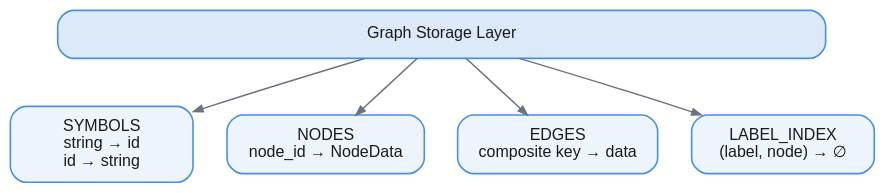
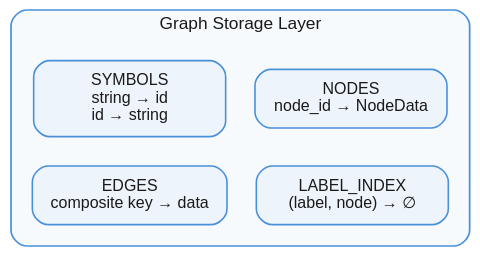
Before and after one commit to RANDOMFNP/latticedb: the diagram in book/diagrams/graph-storage-btrees.dot, drawn with Graphviz. The commit also changed 55 other files, not shown here.

```diff
--- a/book/diagrams/graph-storage-btrees.dot
+++ b/book/diagrams/graph-storage-btrees.dot
@@ -1,26 +1,31 @@
 // The graph is decomposed into four B+Trees, each tuned to one access pattern.
+// They are components of the storage layer, not stages in a flow, so they are
+// drawn as a container rather than a tree of edges.
 digraph graph_storage_btrees {
   bgcolor="transparent"
   rankdir=TB
-  nodesep=0.35
-  ranksep=0.5
+  nodesep=0.3
+  ranksep=0.3
   fontname="Helvetica,Arial,sans-serif"
   node [shape=box style="filled,rounded" fillcolor="#eef4fb" color="#4a90d9"
         penwidth=1.2 fontname="Helvetica,Arial,sans-serif" fontsize=12
-        fontcolor="#1a1a1a" margin="0.22,0.13" width=1.9]
-  edge [color="#6b7280" penwidth=1.1 arrowsize=0.7]
+        fontcolor="#1a1a1a" margin="0.20,0.12" width=2.0]
+  edge [style=invis]
 
-  layer [label="Graph Storage Layer" fillcolor="#dbe9f8" width=8.0]
+  subgraph cluster_layer {
+    label="Graph Storage Layer"
+    labelloc=t
+    fontname="Helvetica,Arial,sans-serif" fontsize=13 fontcolor="#1a1a1a"
+    color="#4a90d9" penwidth=1.3 style=rounded bgcolor="#f7fafd" margin=16
 
-  symbols [label="SYMBOLS\nstring → id\nid → string"]
-  nodes   [label="NODES\nnode_id → NodeData"]
-  edges   [label="EDGES\ncomposite key → data"]
-  labels  [label="LABEL_INDEX\n(label, node) → ∅"]
+    symbols [label="SYMBOLS\nstring → id\nid → string"]
+    nodes   [label="NODES\nnode_id → NodeData"]
+    edges_t [label="EDGES\ncomposite key → data"]
+    labels  [label="LABEL_INDEX\n(label, node) → ∅"]
 
-  layer -> symbols
-  layer -> nodes
-  layer -> edges
-  layer -> labels
-
-  { rank=same; symbols; nodes; edges; labels }
+    { rank=same; symbols -> nodes }
+    { rank=same; edges_t -> labels }
+    symbols -> edges_t
+    nodes   -> labels
+  }
 }
```
